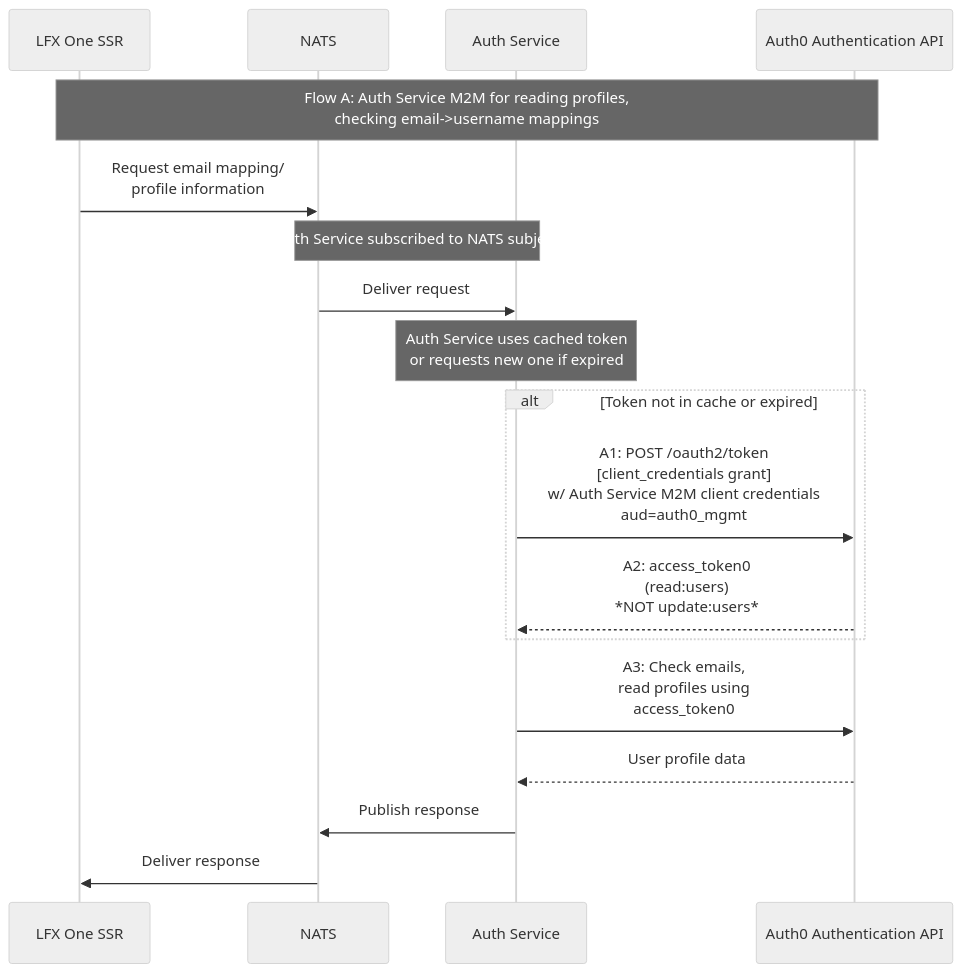
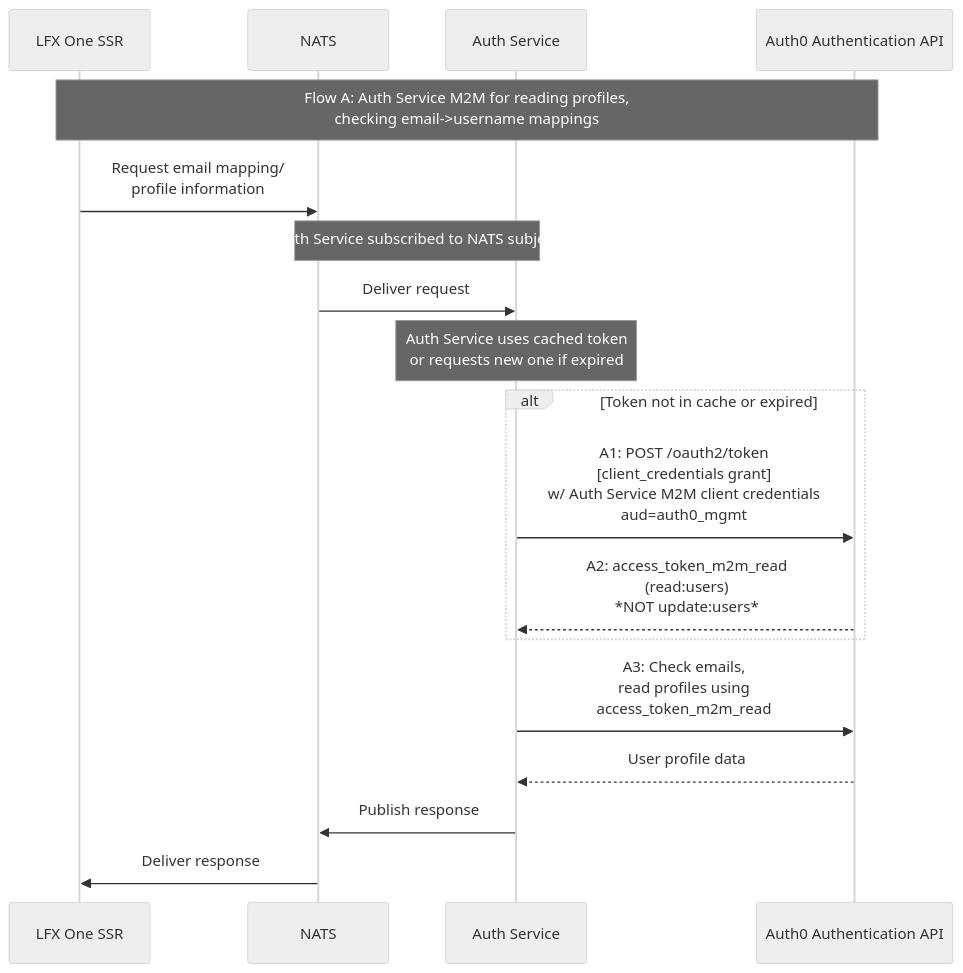
The diagram in docs/auth-flows/A-auth-service-m2m-profile-lookup.md (linuxfoundation/lfx-v2-auth-service), drawn with Mermaid (neutral theme) before and after one commit. The commit also changed 5 other files, not shown here.

First line of the commit message:
refactor: update access token naming and improve documentation for authentication flows

````diff
--- a/docs/auth-flows/A-auth-service-m2m-profile-lookup.md
+++ b/docs/auth-flows/A-auth-service-m2m-profile-lookup.md
@@ -8,27 +8,27 @@
 ```mermaid
 sequenceDiagram
     participant SSR as LFX One SSR
     participant NATS as NATS
     participant AuthSvc as Auth Service
     participant Auth0 as Auth0 Authentication API
 
     Note over SSR,Auth0: Flow A: Auth Service M2M for reading profiles,<br/>checking email->username mappings
 
     SSR->>NATS: Request email mapping/<br/>profile information
     Note over NATS,AuthSvc: Auth Service subscribed to NATS subject
     NATS->>AuthSvc: Deliver request
 
     Note over AuthSvc: Auth Service uses cached token<br/>or requests new one if expired
 
     alt Token not in cache or expired
         AuthSvc->>Auth0: A1: POST /oauth2/token<br/>[client_credentials grant]<br/>w/ Auth Service M2M client credentials<br/>aud=auth0_mgmt
 
-        Auth0-->>AuthSvc: A2: access_token0<br/>(read:users)<br/>*NOT update:users*
+        Auth0-->>AuthSvc: A2: access_token_m2m_read<br/>(read:users)<br/>*NOT update:users*
     end
 
-    AuthSvc->>Auth0: A3: Check emails,<br/>read profiles using<br/>access_token0
+    AuthSvc->>Auth0: A3: Check emails,<br/>read profiles using<br/>access_token_m2m_read
 
     Auth0-->>AuthSvc: User profile data
     AuthSvc->>NATS: Publish response
     NATS->>SSR: Deliver response
 ```
````
